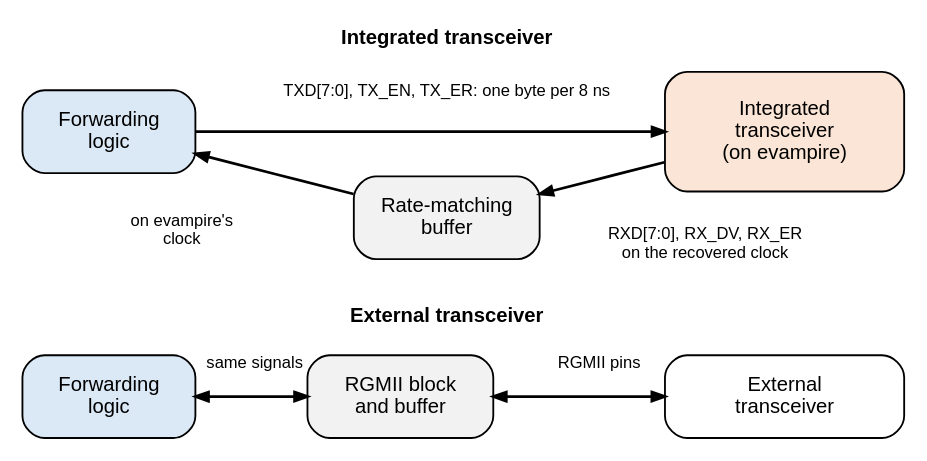
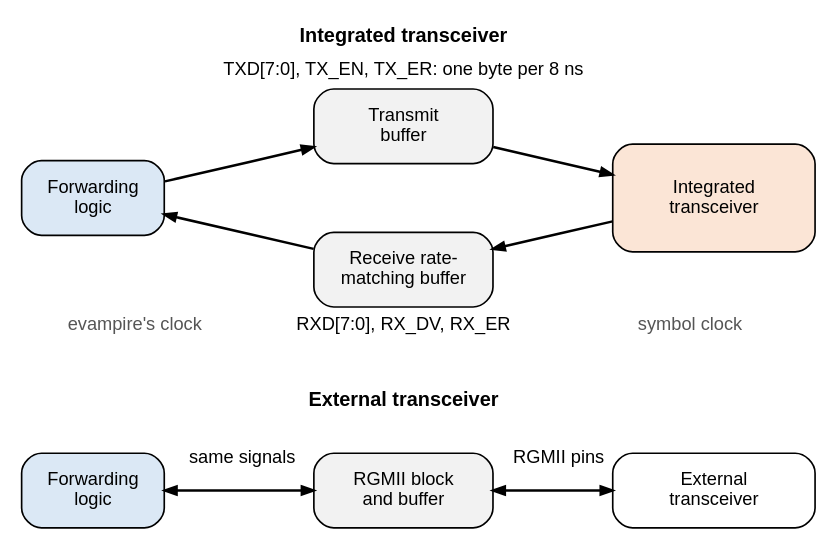
Before and after one commit to mithro/evampire: the diagram in docs/ethernet/phy-electrical/integration/byte-interface.dot, drawn with Graphviz. The commit also changed 14 other files, not shown here.

First line of the commit message:
Fix diagram content and page text after review

```diff
--- a/docs/ethernet/phy-electrical/integration/byte-interface.dot
+++ b/docs/ethernet/phy-electrical/integration/byte-interface.dot
@@ -1,44 +1,49 @@
 // The byte interface between the forwarding logic and one port: with the
 // integrated transceiver (top) and with an external transceiver over
-// RGMII (bottom). Received bytes are timed by the clock recovered from the
-// cable and cross onto evampire's clock in the rate-matching buffer.
+// RGMII (bottom). Left of the buffers the bytes run on evampire's clock;
+// right of them, on the transceiver's symbol clock, which a slave
+// recovers from the cable. Both directions therefore cross clock domains.
 //
 // SPDX-License-Identifier: Apache-2.0
 
 digraph byteif {
     graph [layout=neato, splines=false, overlap=true, fontname="Helvetica",
-           size="7.4,3.0"];
+           size="7.4,3.6"];
     node  [shape=box, style="rounded,filled", fillcolor="#f2f2f2",
            fontname="Helvetica", fontsize=11, width=1.5, height=0.62,
            fixedsize=true];
-    edge  [fontname="Helvetica", fontsize=9, arrowsize=0.7, penwidth=1.5];
+    edge  [fontname="Helvetica", fontsize=11, arrowsize=0.7, penwidth=1.5];
 
-    t1 [pos="3.35,3.3!", shape=plaintext, style="", width=4.0, height=0.25,
-        fontsize=11, fontname="Helvetica-Bold", label="Integrated transceiver"];
-    fl1 [pos="0.8,2.6!", width=1.3, label="Forwarding\nlogic", fillcolor="#dbe8f5"];
-    rm1 [pos="3.35,1.95!", width=1.4, label="Rate-matching\nbuffer"];
-    ph1 [pos="5.9,2.6!", width=1.8, height=0.9, label="Integrated\ntransceiver\n(on evampire)",
+    t1 [pos="3.35,4.2!", shape=plaintext, style="", width=4.0, height=0.25,
+        fontsize=12, fontname="Helvetica-Bold", label="Integrated transceiver"];
+    fl1 [pos="0.75,2.85!", width=1.2, label="Forwarding\nlogic", fillcolor="#dbe8f5"];
+    tb1 [pos="3.35,3.45!", width=1.5, label="Transmit\nbuffer"];
+    rm1 [pos="3.35,2.25!", width=1.5, label="Receive rate-\nmatching buffer"];
+    ph1 [pos="5.95,2.85!", width=1.7, height=0.9, label="Integrated\ntransceiver",
          fillcolor="#fbe5d6"];
 
-    fl1 -> ph1;
+    fl1 -> tb1;
+    tb1 -> ph1;
     ph1 -> rm1;
     rm1 -> fl1;
-    l1 [pos="3.35,2.9!", shape=plaintext, style="", width=3.0, height=0.35,
-        fontsize=9, label="TXD[7:0], TX_EN, TX_ER: one byte per 8 ns"];
-    l2 [pos="5.3,1.75!", shape=plaintext, style="", width=1.6, height=0.35,
-        fontsize=9, label="RXD[7:0], RX_DV, RX_ER\non the recovered clock"];
-    l3 [pos="1.35,1.85!", shape=plaintext, style="", width=1.2, height=0.35,
-        fontsize=9, label="on evampire's\nclock"];
+    l1 [pos="3.35,3.92!", shape=plaintext, style="", width=4.0, height=0.25,
+        fontsize=11, label="TXD[7:0], TX_EN, TX_ER: one byte per 8 ns"];
+    l2 [pos="3.35,1.78!", shape=plaintext, style="", width=4.0, height=0.25,
+        fontsize=11, label="RXD[7:0], RX_DV, RX_ER"];
+    c1 [pos="1.1,1.78!", shape=plaintext, style="", width=1.4, height=0.25,
+        fontsize=11, fontcolor="#555555", label="evampire's clock"];
+    c2 [pos="5.75,1.78!", shape=plaintext, style="", width=1.8, height=0.25,
+        fontsize=11, fontcolor="#555555", label="symbol clock"];
 
-    t2 [pos="3.35,1.2!", shape=plaintext, style="", width=4.0, height=0.25,
-        fontsize=11, fontname="Helvetica-Bold", label="External transceiver"];
-    fl2 [pos="0.8,0.6!", width=1.3, label="Forwarding\nlogic", fillcolor="#dbe8f5"];
-    rg2 [pos="3.0,0.6!", width=1.4, label="RGMII block\nand buffer"];
-    ph2 [pos="5.9,0.6!", width=1.8, label="External\ntransceiver", fillcolor="#ffffff"];
+    t2 [pos="3.35,1.15!", shape=plaintext, style="", width=4.0, height=0.25,
+        fontsize=12, fontname="Helvetica-Bold", label="External transceiver"];
+    fl2 [pos="0.75,0.4!", width=1.2, label="Forwarding\nlogic", fillcolor="#dbe8f5"];
+    rg2 [pos="3.35,0.4!", width=1.5, label="RGMII block\nand buffer"];
+    ph2 [pos="5.95,0.4!", width=1.7, label="External\ntransceiver", fillcolor="#ffffff"];
     fl2 -> rg2 [dir=both];
     rg2 -> ph2 [dir=both];
-    l4 [pos="1.9,0.85!", shape=plaintext, style="", width=1.0, height=0.25,
-        fontsize=9, label="same signals"];
-    l5 [pos="4.5,0.85!", shape=plaintext, style="", width=1.0, height=0.25,
-        fontsize=9, label="RGMII pins"];
+    l4 [pos="2.0,0.67!", shape=plaintext, style="", width=1.2, height=0.25,
+        fontsize=11, label="same signals"];
+    l5 [pos="4.65,0.67!", shape=plaintext, style="", width=1.0, height=0.25,
+        fontsize=11, label="RGMII pins"];
 }
```
